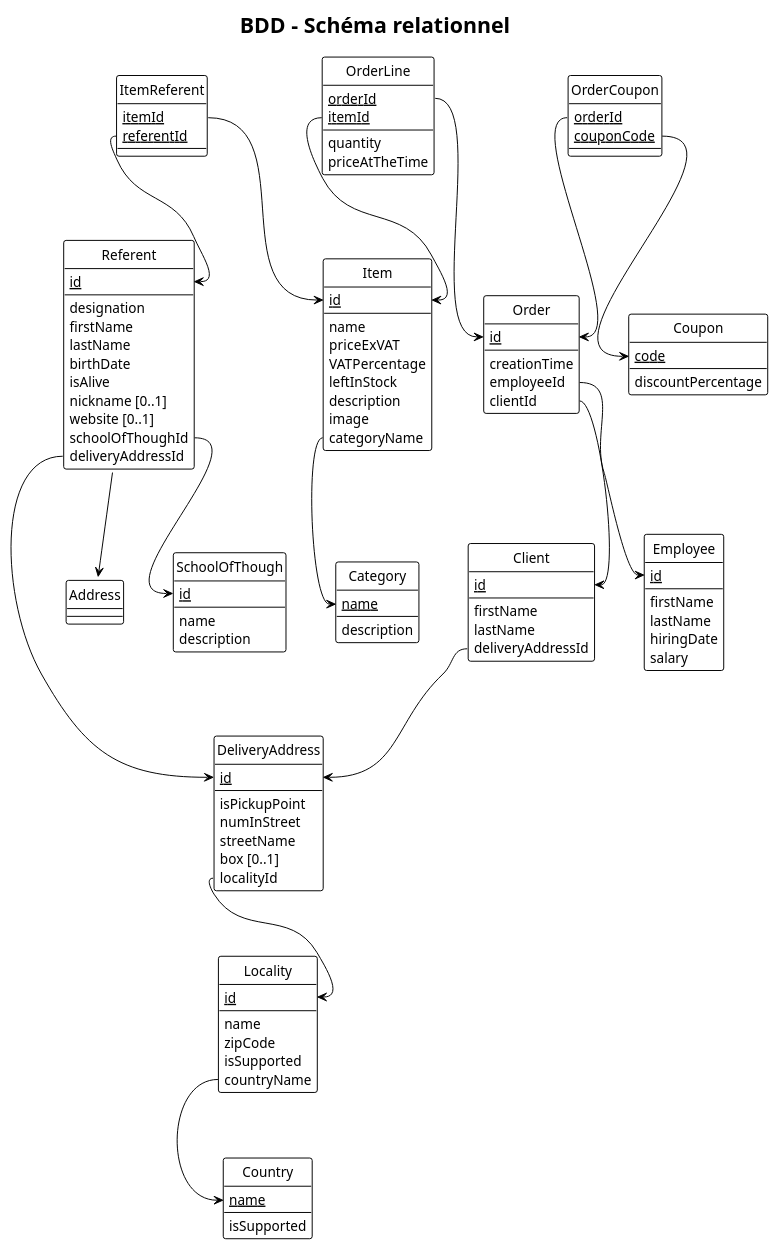
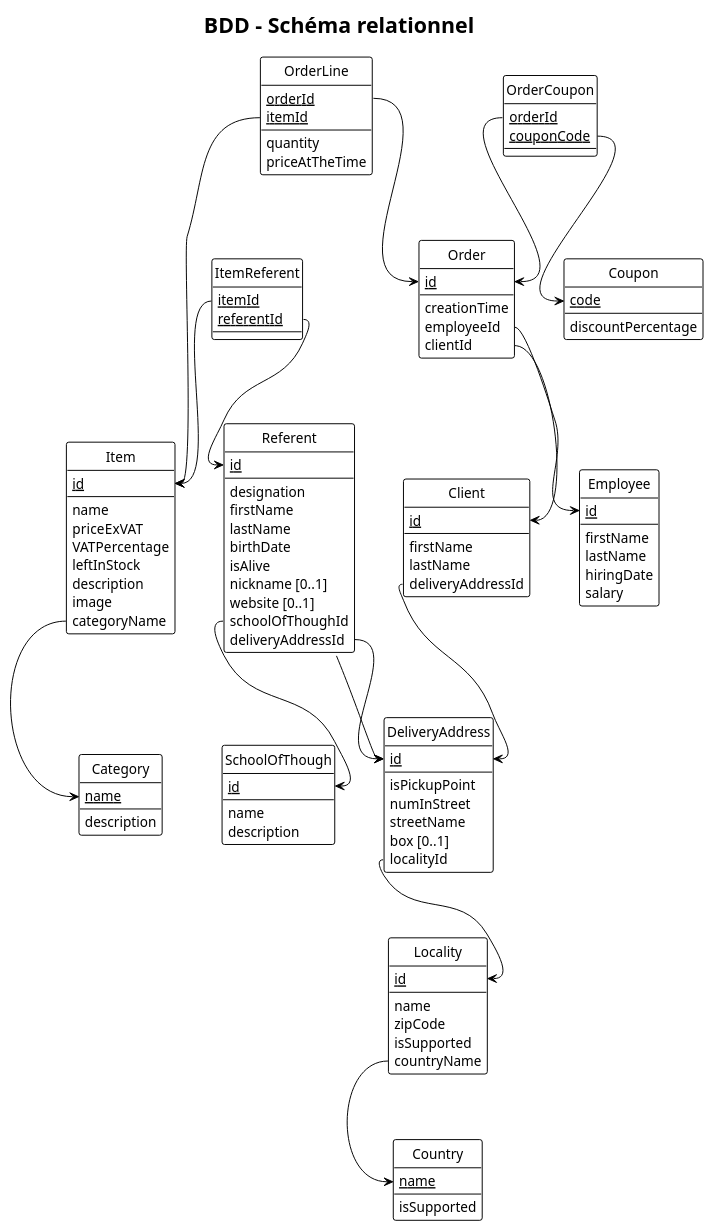
One commit to Keaexe/advanced_POO changed the diagram in relational_DB_model.puml. Above: the diagram before and after it, drawn with PlantUML.

Commit message:
Fix Address issue

```diff
--- a/relational_DB_model.puml
+++ b/relational_DB_model.puml
@@ -1,132 +1,132 @@
 @startuml BDD - Schéma relationnel
 title BDD - Schéma relationnel
 !theme plain
 hide circle
 
 entity Item{
   <u>id</u>
   --
   name
   priceExVAT
   VATPercentage
   leftInStock
   description
   image
   categoryName
 }
 entity Category{
   <u>name</u>
   --
   description
 }
 entity Referent{
   <u>id</u>
   --
   designation
   firstName
   lastName
   birthDate
   isAlive 
   nickname [0..1]
   website [0..1]
   schoolOfThoughId
   deliveryAddressId
 }
 entity SchoolOfThough{
   <u>id</u>
   --
   name
   description
 }
 entity Order{
   <u>id</u>
   --
   creationTime
   employeeId
   clientId
 }
 entity Client{
   <u>id</u>
   --
   firstName
   lastName
   deliveryAddressId
 }
 entity OrderLine{
   <u>orderId</u>
   <u>itemId</u>
   --
   quantity
   priceAtTheTime
 }
 
 
 entity Coupon{
   <u>code</u>
   --
   discountPercentage
 }
 
 entity Employee{
   <u>id</u>
   --
   firstName
   lastName
   hiringDate
   salary
 }
 entity Country{
   <u>name</u>
   --
   isSupported 
 }
 entity Locality{
   <u>id</u>
   --
   name
   zipCode
   isSupported 
   countryName
 }
 entity DeliveryAddress{
   <u>id</u>
   --
   isPickupPoint 
   numInStreet
   streetName
   box [0..1]
   localityId
 }
 
 entity OrderCoupon{
   <u>orderId</u>
   <u>couponCode</u>
 }
 entity ItemReferent{
   <u>itemId</u>
   <u>referentId</u>
 }
 
 Item::categoryName --> Category::name
 
 Referent::schoolOfThoughId --> SchoolOfThough::id
 Referent::deliveryAddressId --> DeliveryAddress::id
 
 Order::employeeId --> Employee::id
 Order::clientId --> Client::id
 
 Client::deliveryAddressId --> DeliveryAddress::id
 
 OrderLine::orderId --> Order::id
 OrderLine::itemId --> Item::id
 
 Locality::countryName --> Country::name
 DeliveryAddress::localityId --> Locality::id
 
 OrderCoupon::orderId --> Order::id
 OrderCoupon::couponCode --> Coupon::code
 
 ItemReferent::itemId --> Item::id
 ItemReferent::referentId --> Referent::id
-Referent::address --> Address::id
+Referent::address --> DeliveryAddress::id
 @enduml
```
